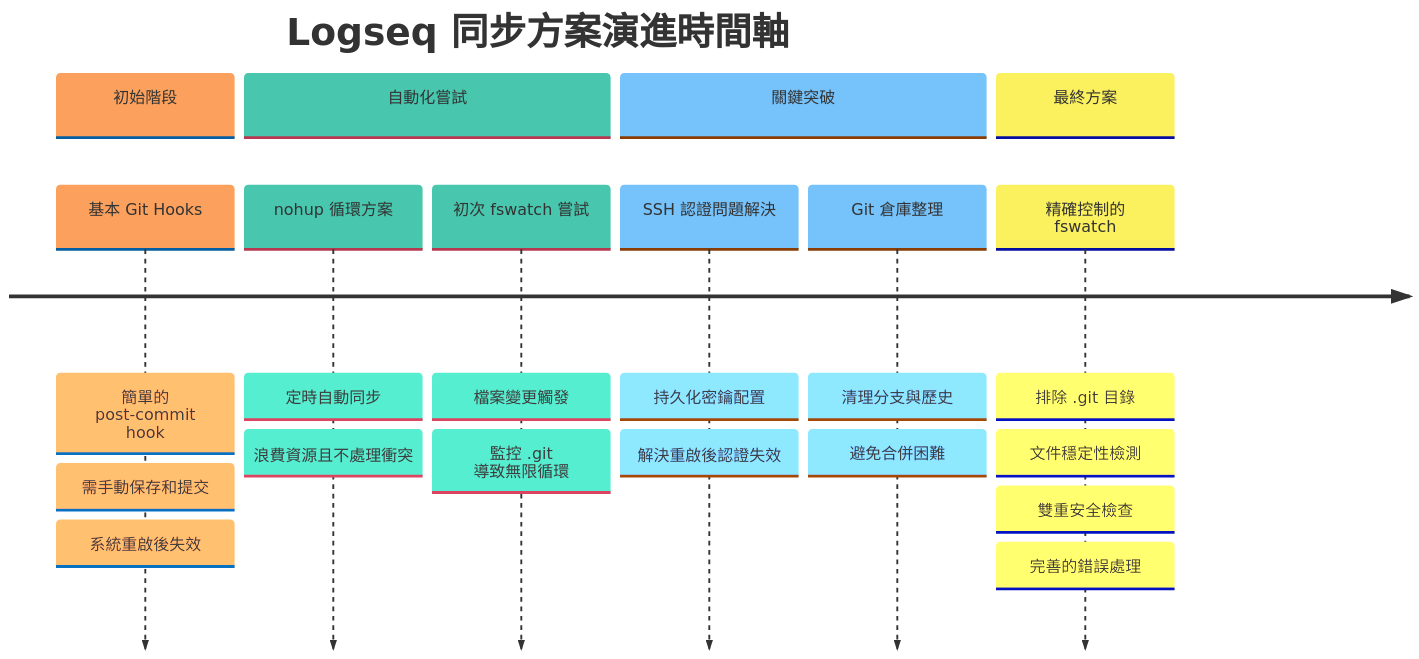
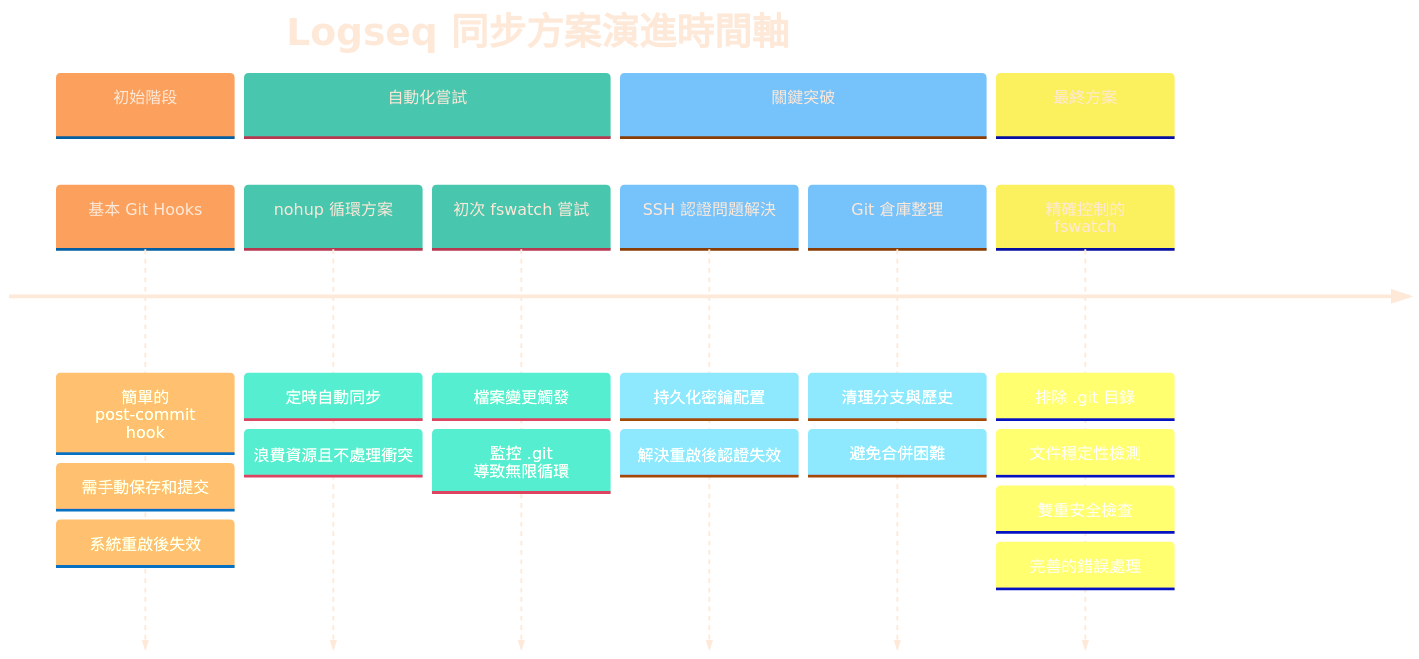
The first of 2 diagrams in Logseq同步方案演進記錄.md (GengGeng026/Sync-Logseq), drawn with Mermaid before and after one commit.

Commit message:
Auto-sync: Wed Mar 26 09:57:22 +08 2025

````diff
--- a/Logseq同步方案演進記錄.md
+++ b/Logseq同步方案演進記錄.md
@@ -24,37 +24,37 @@
 ```mermaid
 %%{init: {
   'theme': 'base', 
   'themeVariables': {
-    'primary': '#FEE9D9',
+    'primaryTextColor': '#FEE9D9',
     'primaryColor': '#FEE9D9',
     'secondaryColor': '#A9E4D9',
     'primaryBorderColor': '#A9D9D9',
     'background': 'transparent',
     'clusterBkg': 'transparent',
     'fontFamily': 'default',
     'fontSize': '17px',
     'fontWeight': 'normal'
   }
 }}%%
 timeline
     title Logseq 同步方案演進時間軸
     section 初始階段
         基本 Git Hooks : 簡單的 post-commit hook
         : 需手動保存和提交
         : 系統重啟後失效
     section 自動化嘗試
         nohup 循環方案 : 定時自動同步
         : 浪費資源且不處理衝突
         初次 fswatch 嘗試 : 檔案變更觸發
         : 監控 .git 導致無限循環
     section 關鍵突破
         SSH 認證問題解決 : 持久化密鑰配置
         : 解決重啟後認證失效
         Git 倉庫整理 : 清理分支與歷史
         : 避免合併困難
     section 最終方案
         精確控制的 fswatch : 排除 .git 目錄
         : 文件穩定性檢測
         : 雙重安全檢查
         : 完善的錯誤處理
 ```
````
